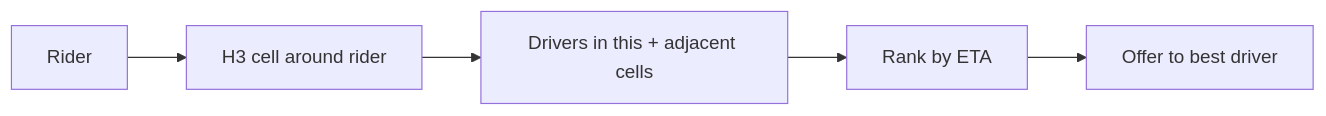
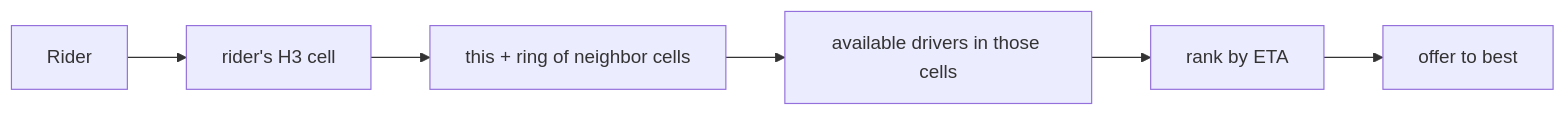
Before and after one commit to hiepgithub2001/swedocs: the diagram in system-design/2-case-studies/companies/uber.md, drawn with Mermaid. The commit also changed other lines of this file and 12 other files, not shown here.

Commit message:
Expand all 13 case studies with deeper detail (clarifying Qs, estimation math, schemas, more deep dives & diagrams)

````diff
--- a/system-design/2-case-studies/companies/uber.md
+++ b/system-design/2-case-studies/companies/uber.md
@@ -22,6 +26,7 @@
 ```mermaid
 flowchart LR
-    Rider --> Cell[H3 cell around rider]
-    Cell --> Near[Drivers in this + adjacent cells]
-    Near --> Rank[Rank by ETA] --> Offer[Offer to best driver]
+    Rider --> C[rider's H3 cell]
+    C --> N[this + ring of neighbor cells]
+    N --> Avail[available drivers in those cells]
+    Avail --> Rank[rank by ETA] --> Offer[offer to best]
 ```
````
